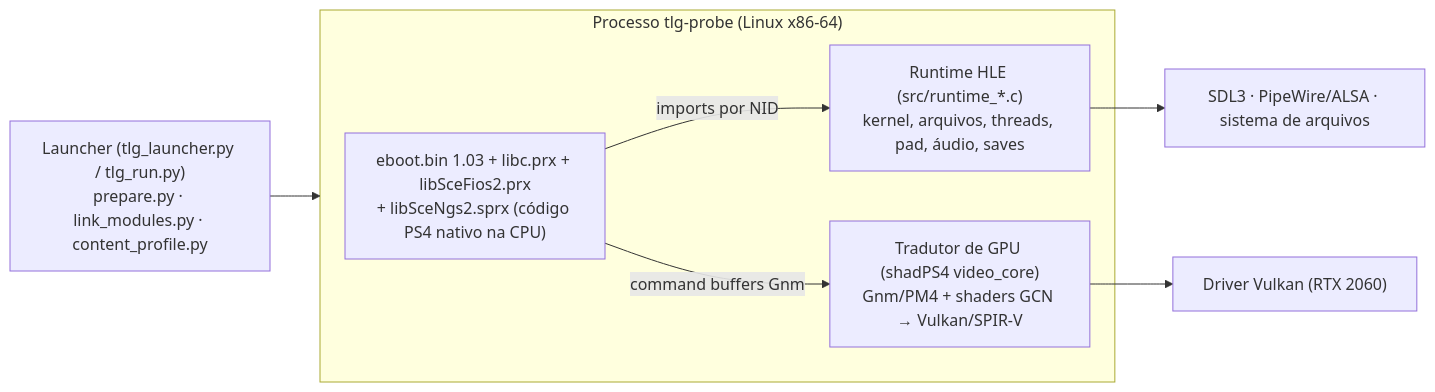
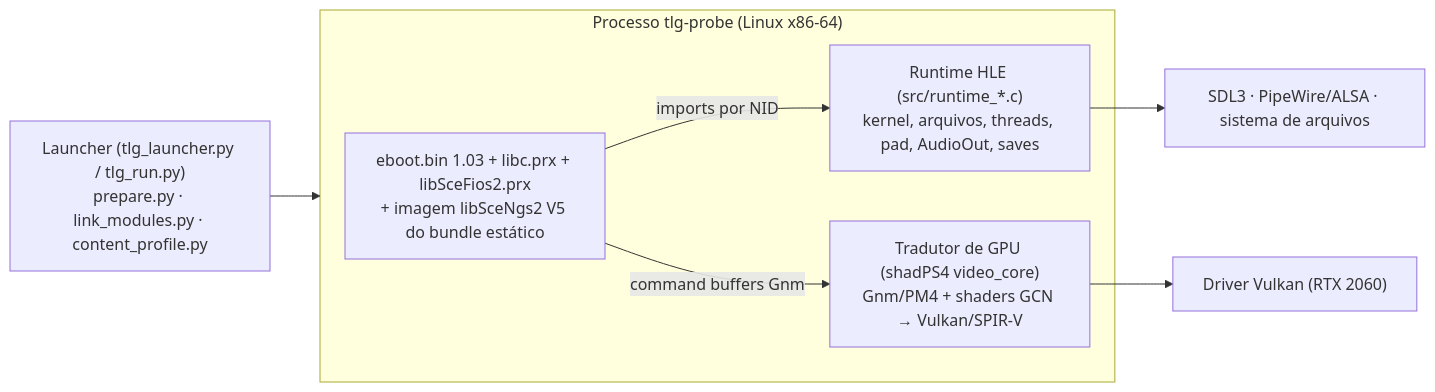
One commit to GFOXSH/tlg_pc changed the diagram in docs/PROGRESSO.md. Above: the diagram before and after it, drawn with Mermaid. The commit also changed other lines of this file and 25 other files, not shown here.

````diff
--- a/docs/PROGRESSO.md
+++ b/docs/PROGRESSO.md
@@ -46,13 +46,13 @@
 ```mermaid
 flowchart LR
     L["Launcher (tlg_launcher.py / tlg_run.py)<br/>prepare.py · link_modules.py · content_profile.py"] --> P
     subgraph P["Processo tlg-probe (Linux x86-64)"]
-        E["eboot.bin 1.03 + libc.prx + libSceFios2.prx<br/>+ libSceNgs2.sprx (código PS4 nativo na CPU)"]
-        R["Runtime HLE (src/runtime_*.c)<br/>kernel, arquivos, threads, pad, áudio, saves"]
+        E["eboot.bin 1.03 + libc.prx + libSceFios2.prx<br/>+ imagem libSceNgs2 V5 do bundle estático"]
+        R["Runtime HLE (src/runtime_*.c)<br/>kernel, arquivos, threads, pad, AudioOut, saves"]
         G["Tradutor de GPU (shadPS4 video_core)<br/>Gnm/PM4 + shaders GCN → Vulkan/SPIR-V"]
         E -- "imports por NID" --> R
         E -- "command buffers Gnm" --> G
     end
     R --> OS["SDL3 · PipeWire/ALSA · sistema de arquivos"]
     G --> VK["Driver Vulkan (RTX 2060)"]
 ```
````
